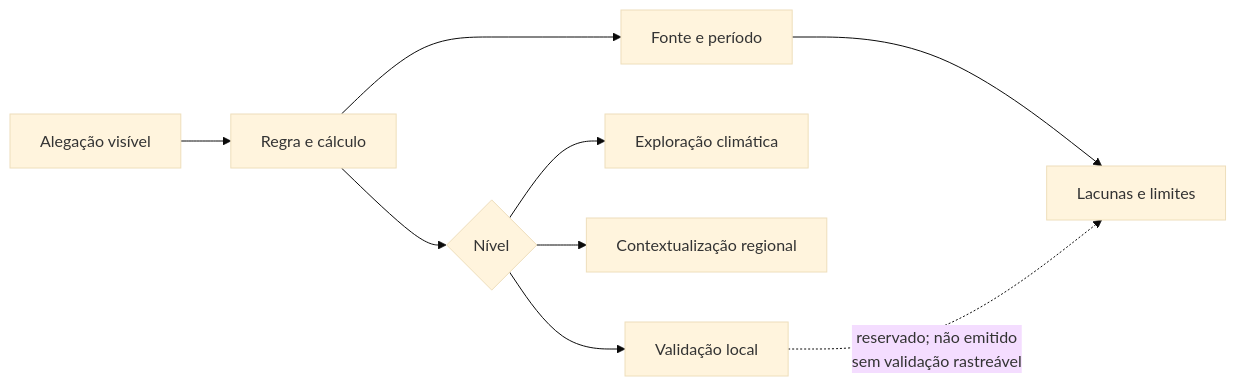
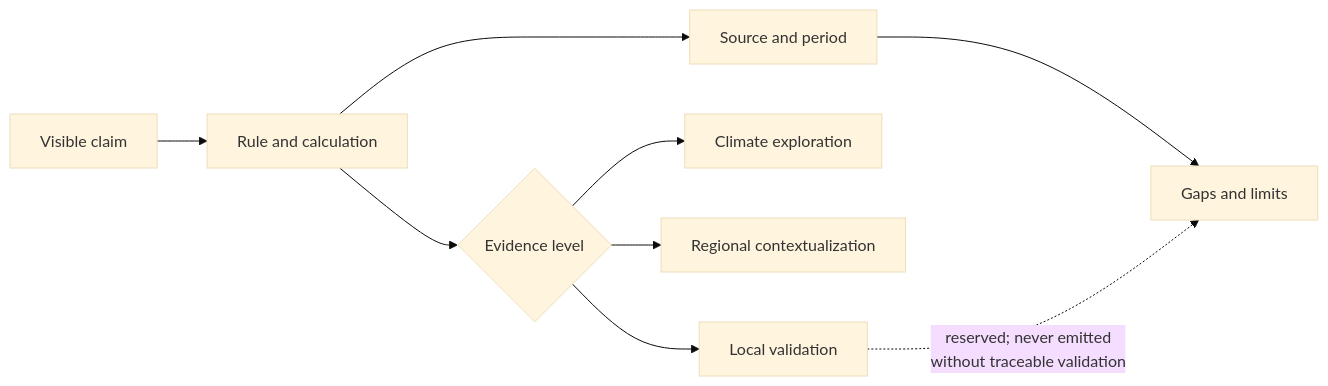
Before and after one commit to Gustavo-Cruzz/Nasa2026-Pos-Resenha: the fourth of 5 diagrams in README.md, drawn with Mermaid (base theme). The commit also changed other lines of this file and 1 other file, not shown here.

````diff
--- a/README.md
+++ b/README.md
@@ -200,11 +200,11 @@
 ```mermaid
 flowchart LR
-    CLAIM[Alegação visível] --> RULE[Regra e cálculo]
-    RULE --> SOURCE[Fonte e período]
-    RULE --> LEVEL{Nível}
-    LEVEL --> CE[Exploração climática]
-    LEVEL --> RC[Contextualização regional]
-    LEVEL --> LV[Validação local]
-    SOURCE --> GAP[Lacunas e limites]
-    LV -. reservado; não emitido<br/>sem validação rastreável .-> GAP
+    CLAIM[Visible claim] --> RULE[Rule and calculation]
+    RULE --> SOURCE[Source and period]
+    RULE --> LEVEL{Evidence level}
+    LEVEL --> CE[Climate exploration]
+    LEVEL --> RC[Regional contextualization]
+    LEVEL --> LV[Local validation]
+    SOURCE --> GAP[Gaps and limits]
+    LV -. reserved; never emitted<br/>without traceable validation .-> GAP
 ```
````
